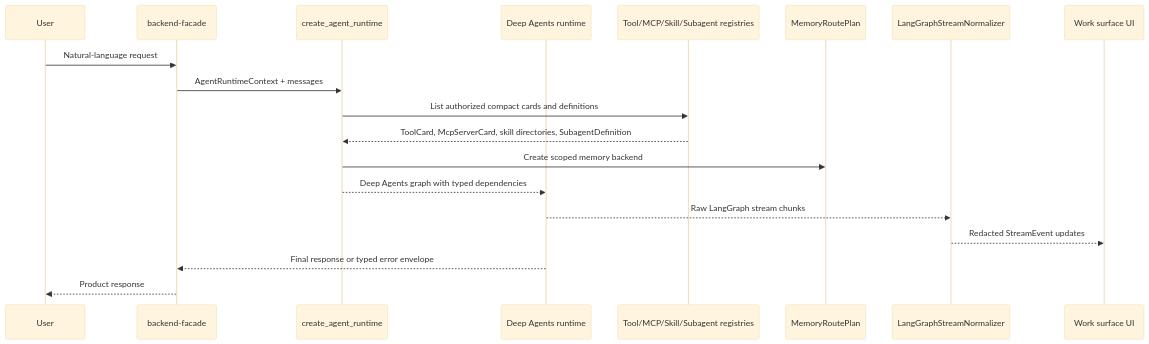
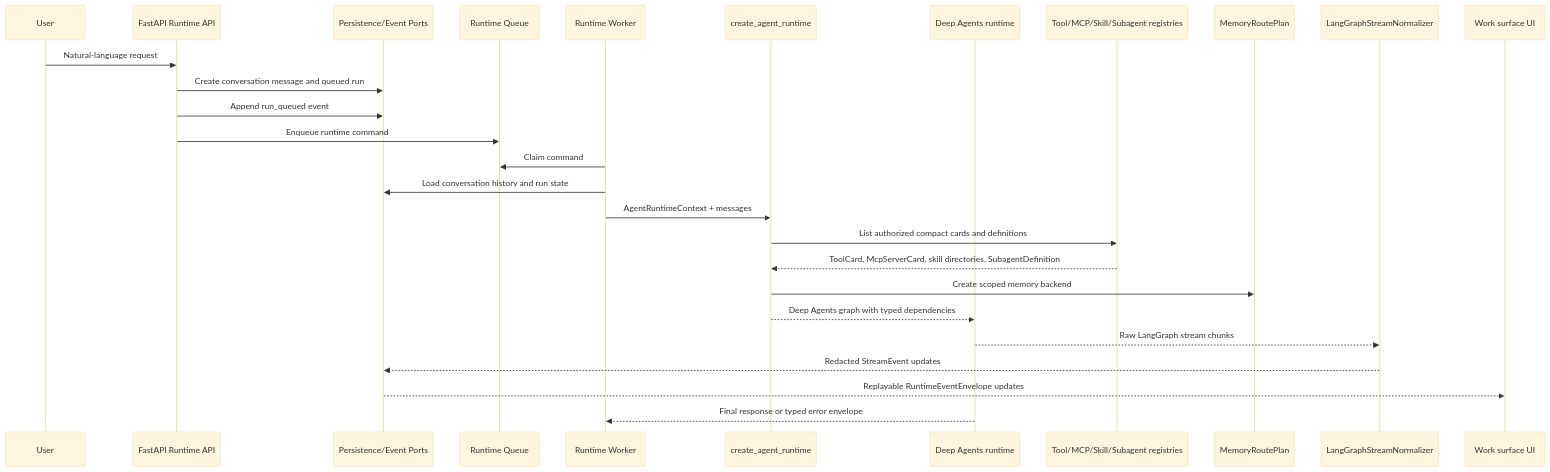
The first of 8 diagrams in services/ai-backend/docs/architecture/data-flow.md (0x-copilot-dev/0x-copilot), drawn with Mermaid (base theme) before and after one commit. The commit also changed other lines of this file and 18 other files, not shown here.

First line of the commit message:
Update runtime API specs and acceptance coverage

````diff
--- a/services/ai-backend/docs/architecture/data-flow.md
+++ b/services/ai-backend/docs/architecture/data-flow.md
@@ -7,22 +7,30 @@
 ```mermaid
 sequenceDiagram
   participant User
-  participant Facade as backend-facade
+  participant API as FastAPI Runtime API
+  participant Store as Persistence/Event Ports
+  participant Queue as Runtime Queue
+  participant Worker as Runtime Worker
   participant Factory as create_agent_runtime
   participant Runtime as Deep Agents runtime
   participant Registries as Tool/MCP/Skill/Subagent registries
   participant Memory as MemoryRoutePlan
   participant Normalizer as LangGraphStreamNormalizer
   participant UI as Work surface UI
 
-  User->>Facade: Natural-language request
-  Facade->>Factory: AgentRuntimeContext + messages
+  User->>API: Natural-language request
+  API->>Store: Create conversation message and queued run
+  API->>Store: Append run_queued event
+  API->>Queue: Enqueue runtime command
+  Worker->>Queue: Claim command
+  Worker->>Store: Load conversation history and run state
+  Worker->>Factory: AgentRuntimeContext + messages
   Factory->>Registries: List authorized compact cards and definitions
   Registries-->>Factory: ToolCard, McpServerCard, skill directories, SubagentDefinition
   Factory->>Memory: Create scoped memory backend
   Factory-->>Runtime: Deep Agents graph with typed dependencies
   Runtime-->>Normalizer: Raw LangGraph stream chunks
-  Normalizer-->>UI: Redacted StreamEvent updates
-  Runtime-->>Facade: Final response or typed error envelope
-  Facade-->>User: Product response
+  Normalizer-->>Store: Redacted StreamEvent updates
+  Store-->>UI: Replayable RuntimeEventEnvelope updates
+  Runtime-->>Worker: Final response or typed error envelope
 ```
````
